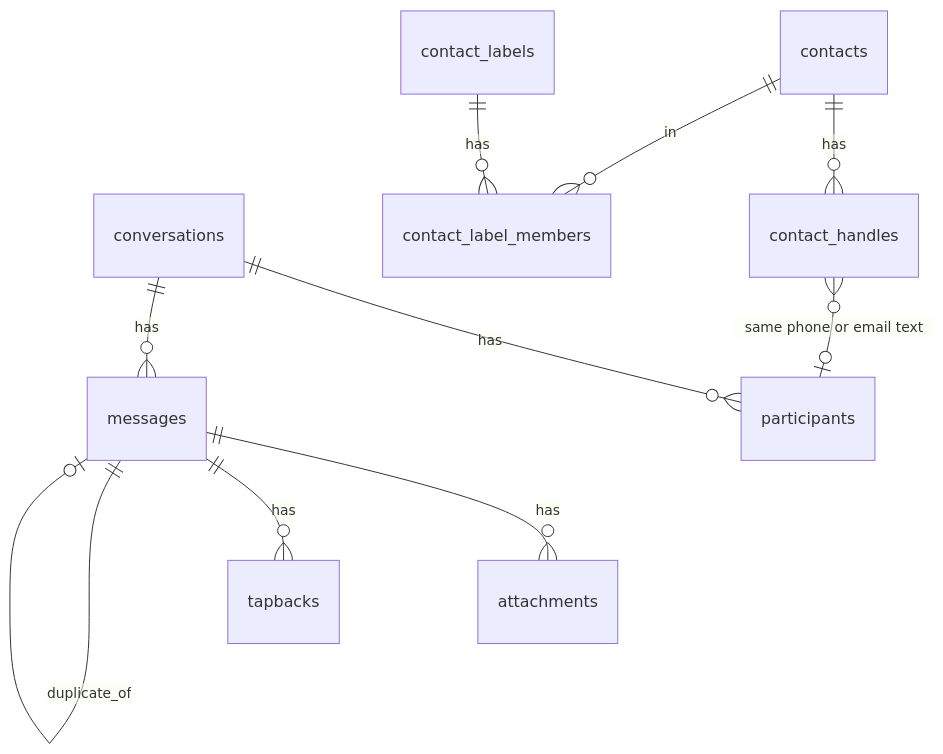
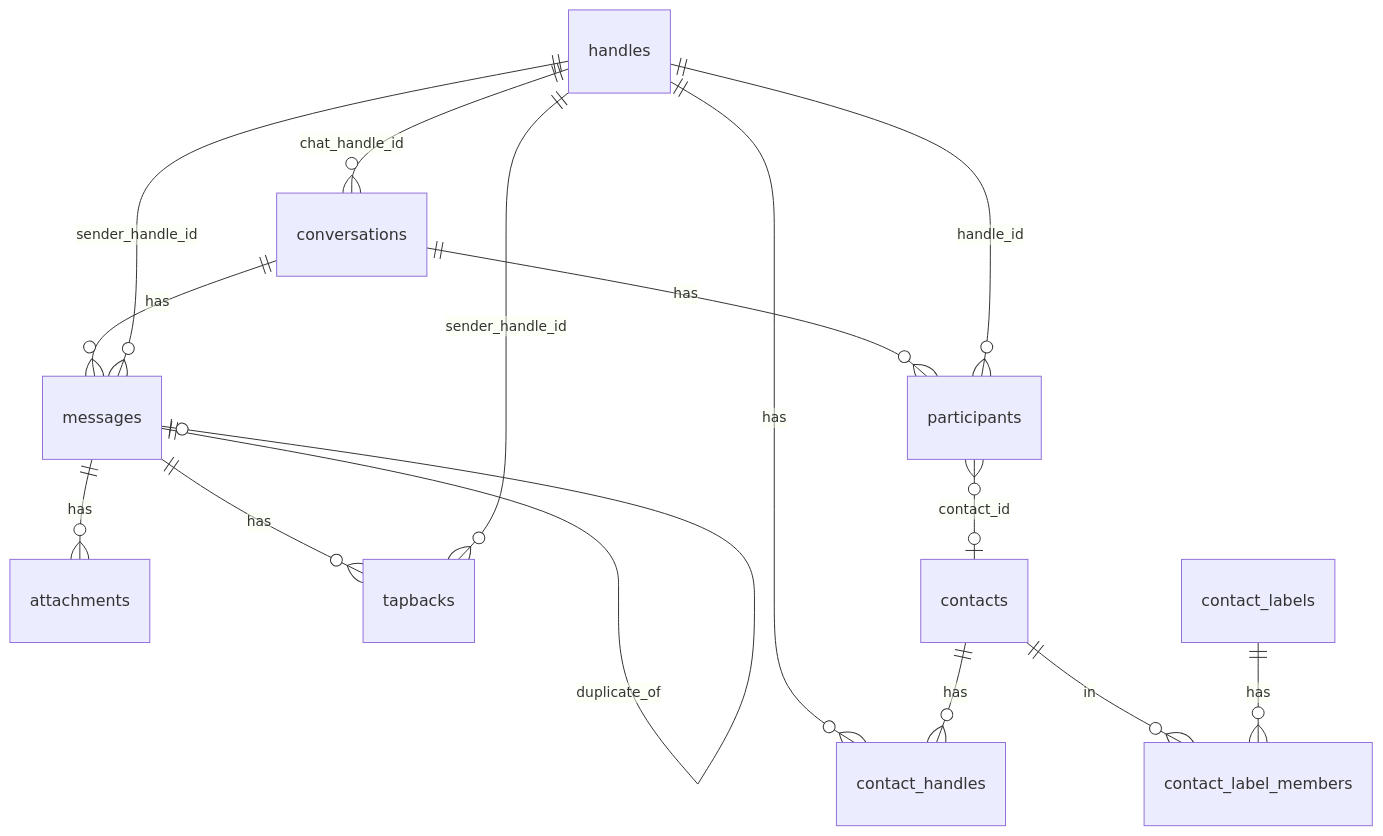
The first of 2 diagrams in docs/src/content/docs/reference/database.md (bitrealm-dev/message-vault), drawn with Mermaid before and after one commit. The commit also changed other lines of this file, not shown here.

First line of the commit message:
docs: document handles table and handle_id foreign keys in database reference

````diff
--- a/docs/src/content/docs/reference/database.md
+++ b/docs/src/content/docs/reference/database.md
@@ -16,12 +18,17 @@
 ```mermaid
 erDiagram
     conversations ||--o{ participants : "has"
     conversations ||--o{ messages : "has"
     messages ||--o{ attachments : "has"
     messages ||--o{ tapbacks : "has"
     messages ||--o| messages : "duplicate_of"
+    handles ||--o{ conversations : "chat_handle_id"
+    handles ||--o{ participants : "handle_id"
+    handles ||--o{ messages : "sender_handle_id"
+    handles ||--o{ tapbacks : "sender_handle_id"
+    handles ||--o{ contact_handles : "has"
     contacts ||--o{ contact_handles : "has"
     contacts ||--o{ contact_label_members : "in"
     contact_labels ||--o{ contact_label_members : "has"
-    contact_handles }o--o| participants : "same phone or email text"
+    participants }o--o| contacts : "contact_id"
 ```
````
